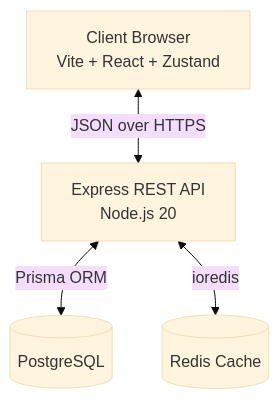
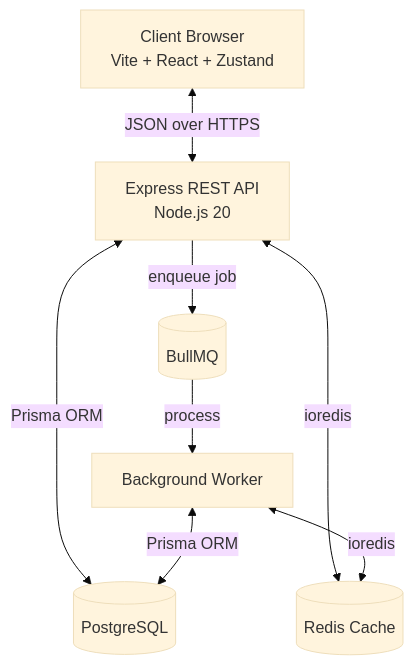
Before and after one commit to pulkitjaincs/AlgoForge: the first of 2 diagrams in ARCHITECTURE.md, drawn with Mermaid (base theme). The commit also changed other lines of this file and 20 other files, not shown here.

````diff
--- a/ARCHITECTURE.md
+++ b/ARCHITECTURE.md
@@ -7,11 +7,15 @@
 ```mermaid
 graph TD
     Client[Client Browser<br/>Vite + React + Zustand]
     API[Express REST API<br/>Node.js 20]
     DB[(PostgreSQL)]
     Cache[(Redis Cache)]
 
     Client <-->|JSON over HTTPS| API
     API <-->|Prisma ORM| DB
     API <-->|ioredis| Cache
+    API -->|enqueue job| BullMQ[(BullMQ)]
+    BullMQ -->|process| Worker[Background Worker]
+    Worker <-->|Prisma ORM| DB
+    Worker <-->|ioredis| Cache
 ```
````
